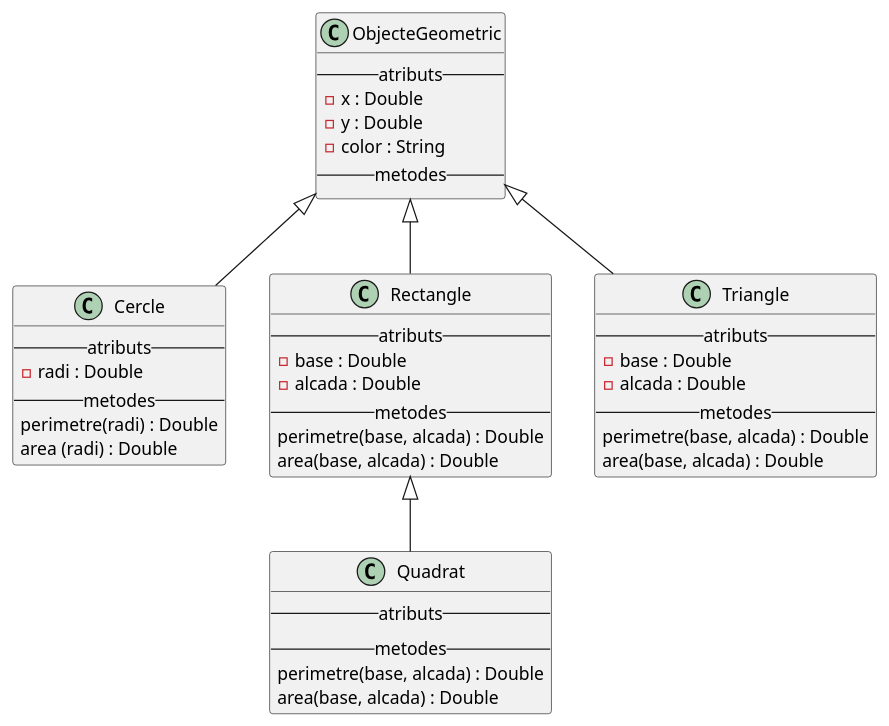
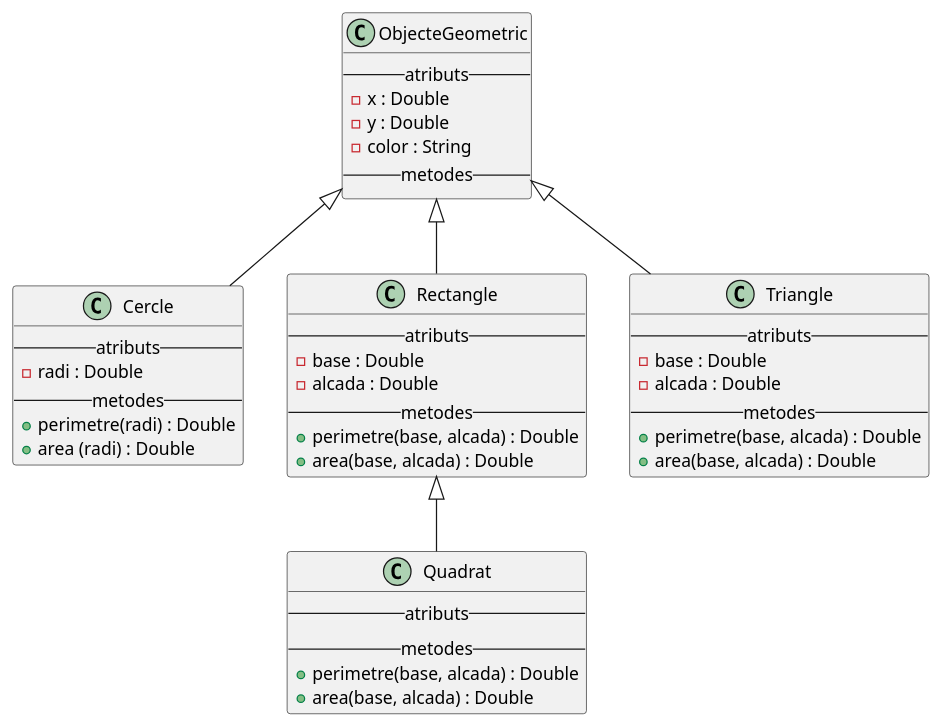
Before and after one commit to noagomezgarcia/tareas: the diagram in src/TA47/Objectes.puml, drawn with PlantUML.

```diff
--- a/src/TA47/Objectes.puml
+++ b/src/TA47/Objectes.puml
@@ -1,50 +1,50 @@
 @startuml
 'https://plantuml.com/class-diagram
 
 ObjecteGeometric <|-- Cercle
 ObjecteGeometric <|-- Rectangle
 ObjecteGeometric <|-- Triangle
 Rectangle <|-- Quadrat
 
 class ObjecteGeometric {
 --atributs--
 -x : Double
 -y : Double
 -color : String
 --metodes--
 }
 
 class Cercle {
 --atributs--
 -radi : Double
 --metodes--
-perimetre(radi) : Double
-area (radi) : Double
++perimetre(radi) : Double
++area (radi) : Double
 }
 
 class Rectangle {
 --atributs--
 -base : Double
 -alcada : Double
 --metodes--
-perimetre(base, alcada) : Double
-area(base, alcada) : Double
++perimetre(base, alcada) : Double
++area(base, alcada) : Double
 }
 
 class Triangle {
 --atributs--
 -base : Double
 -alcada : Double
 --metodes--
-perimetre(base, alcada) : Double
-area(base, alcada) : Double
++perimetre(base, alcada) : Double
++area(base, alcada) : Double
 }
 
 class Quadrat {
 --atributs--
 --metodes--
-perimetre(base, alcada) : Double
-area(base, alcada) : Double
++perimetre(base, alcada) : Double
++area(base, alcada) : Double
 }
 
 @enduml
```
